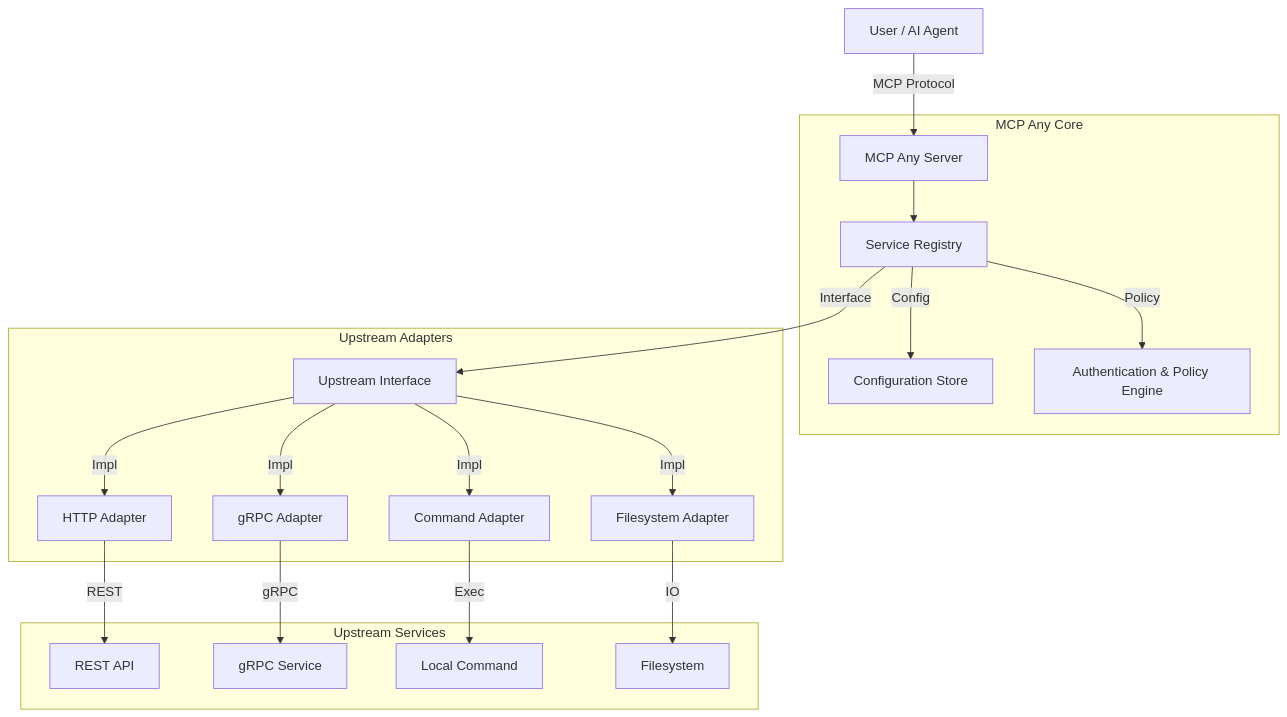
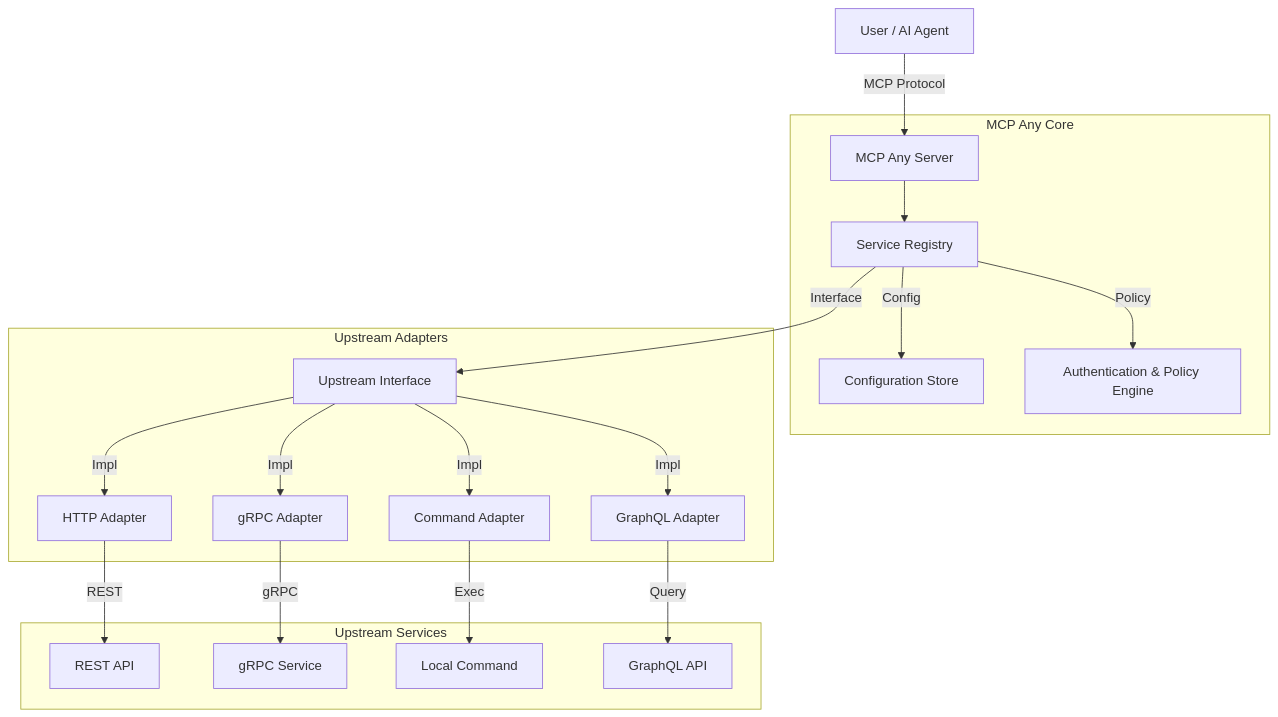
One commit to mcpany/core changed the diagram in README.md. Above: the diagram before and after it, drawn with Mermaid. The commit also changed other lines of this file and 5 other files, not shown here.

````diff
--- a/README.md
+++ b/README.md
@@ -33,25 +35,25 @@
 ```mermaid
 graph TD
     User[User / AI Agent] -->|MCP Protocol| Server[MCP Any Server]
 
     subgraph "MCP Any Core"
         Server --> Registry[Service Registry]
         Registry -->|Config| Config[Configuration Store]
         Registry -->|Policy| Auth[Authentication & Policy Engine]
     end
 
     subgraph "Upstream Adapters"
         Registry -->|Interface| Upstream[Upstream Interface]
         Upstream -->|Impl| HTTP[HTTP Adapter]
         Upstream -->|Impl| GRPC[gRPC Adapter]
         Upstream -->|Impl| CMD[Command Adapter]
-        Upstream -->|Impl| FS[Filesystem Adapter]
+        Upstream -->|Impl| GQL[GraphQL Adapter]
     end
 
     subgraph "Upstream Services"
         HTTP -->|REST| ServiceB[REST API]
         GRPC -->|gRPC| ServiceA[gRPC Service]
         CMD -->|Exec| ServiceD[Local Command]
-        FS -->|IO| ServiceE[Filesystem]
+        GQL -->|Query| ServiceE[GraphQL API]
     end
 ```
````
